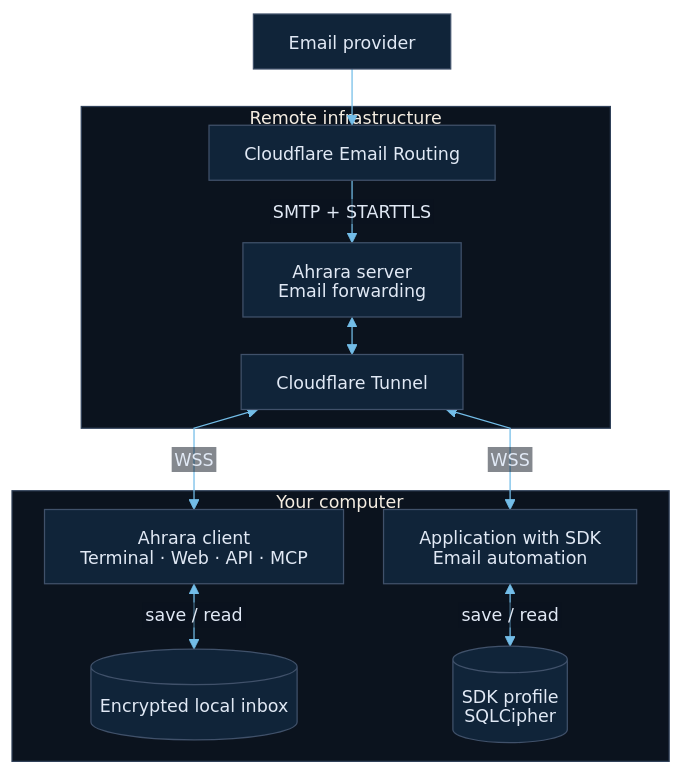
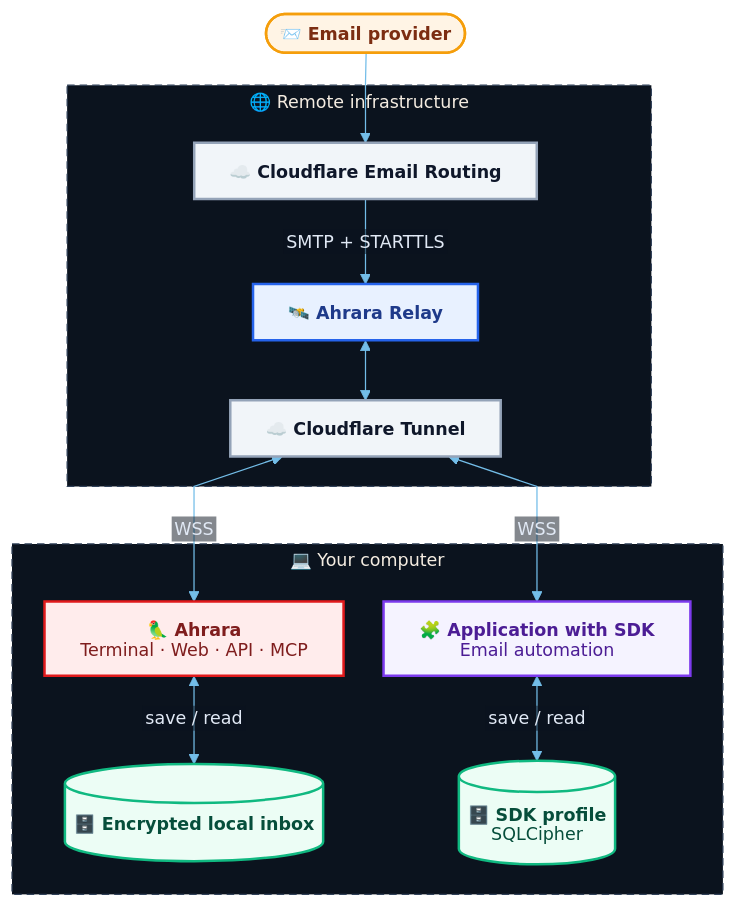
Before and after one commit to Hitmasu/Ahrara: the diagram in src/site/docs/architecture.mmd, drawn with Mermaid. The commit also changed 25 other files, not shown here.

First line of the commit message:
docs: draw the delivery flow with icons in the README, site and docs

```diff
--- a/src/site/docs/architecture.mmd
+++ b/src/site/docs/architecture.mmd
@@ -1,47 +1,68 @@
 ---
 config:
   theme: base
   look: classic
   htmlLabels: false
   fontFamily: Arial, sans-serif
   themeVariables:
     primaryColor: '#102439'
     primaryTextColor: '#e1e9f5'
     primaryBorderColor: '#40516a'
     lineColor: '#73bde8'
     secondaryColor: '#0b131e'
     tertiaryColor: '#0b131e'
     clusterBkg: '#0b131e'
     clusterBorder: '#304159'
     edgeLabelBackground: '#0b131e'
     fontFamily: 'Arial, sans-serif'
     fontSize: '14px'
   flowchart:
+    subGraphTitleMargin:
+      top: 4
+      bottom: 18
     curve: linear
     nodeSpacing: 32
-    rankSpacing: 30
+    rankSpacing: 48
     wrappingWidth: 240
     padding: 14
 ---
 flowchart TB
   accTitle: Ahrara delivery architecture
-  accDescr: SMTP delivers email to the Ahrara server. WSS connects the server through Cloudflare Tunnel to the Ahrara client or an application using an SDK. Accepted messages are saved in an encrypted inbox on the user’s device.
-  Provider["Email provider"]
-  subgraph Remote["Remote infrastructure"]
-    Routing["Cloudflare Email Routing"]
-    Server["Ahrara server<br/>Email forwarding"]
-    Tunnel["Cloudflare Tunnel"]
+  accDescr: SMTP delivers email to the Ahrara Relay. WSS connects the relay through Cloudflare Tunnel to Ahrara or an application using an SDK. Accepted messages are saved in an encrypted inbox on the user’s device.
+  Provider(["`📨 **Email provider**`"])
+  subgraph Remote["🌐 Remote infrastructure"]
+    Routing["`☁️ **Cloudflare Email Routing**`"]
+    Server["`🛰️ **Ahrara Relay**`"]
+    Tunnel["`☁️ **Cloudflare Tunnel**`"]
     Routing -->|SMTP + STARTTLS| Server
     Server <--> Tunnel
   end
-  subgraph Local["Your computer"]
-    Client["Ahrara client<br/>Terminal · Web · API · MCP"]
-    SDK["Application with SDK<br/>Email automation"]
-    Inbox[("Encrypted local inbox")]
-    SDKInbox[("SDK profile<br/>SQLCipher")]
+  subgraph Local["💻 Your computer"]
+    Client["`🦜 **Ahrara**
+    Terminal · Web · API · MCP`"]
+    SDK["`🧩 **Application with SDK**
+    Email automation`"]
+    Inbox[("`🗄️ **Encrypted local inbox**`")]
+    SDKInbox[("`🗄️ **SDK profile**
+    SQLCipher`")]
     Client <-->|save / read| Inbox
     SDK <-->|save / read| SDKInbox
   end
   Provider --> Routing
   Tunnel <-->|WSS| Client
   Tunnel <-->|WSS| SDK
+
+  classDef sender fill:#fff4e5,stroke:#f59e0b,stroke-width:2px,color:#7c2d12
+  classDef cloud fill:#f1f5f9,stroke:#94a3b8,stroke-width:2px,color:#0f172a
+  classDef relay fill:#e8f1ff,stroke:#2563eb,stroke-width:2px,color:#1e3a8a
+  classDef ahrara fill:#ffecec,stroke:#e11a1c,stroke-width:2px,color:#7f1d1d
+  classDef sdk fill:#f5f3ff,stroke:#7c3aed,stroke-width:2px,color:#4c1d95
+  classDef inbox fill:#ecfdf5,stroke:#10b981,stroke-width:2px,color:#064e3b
+  class Provider sender
+  class Routing,Tunnel cloud
+  class Server relay
+  class Client ahrara
+  class SDK sdk
+  class Inbox,SDKInbox inbox
+  style Remote stroke-dasharray:6 4
+  style Local stroke-dasharray:6 4
```
